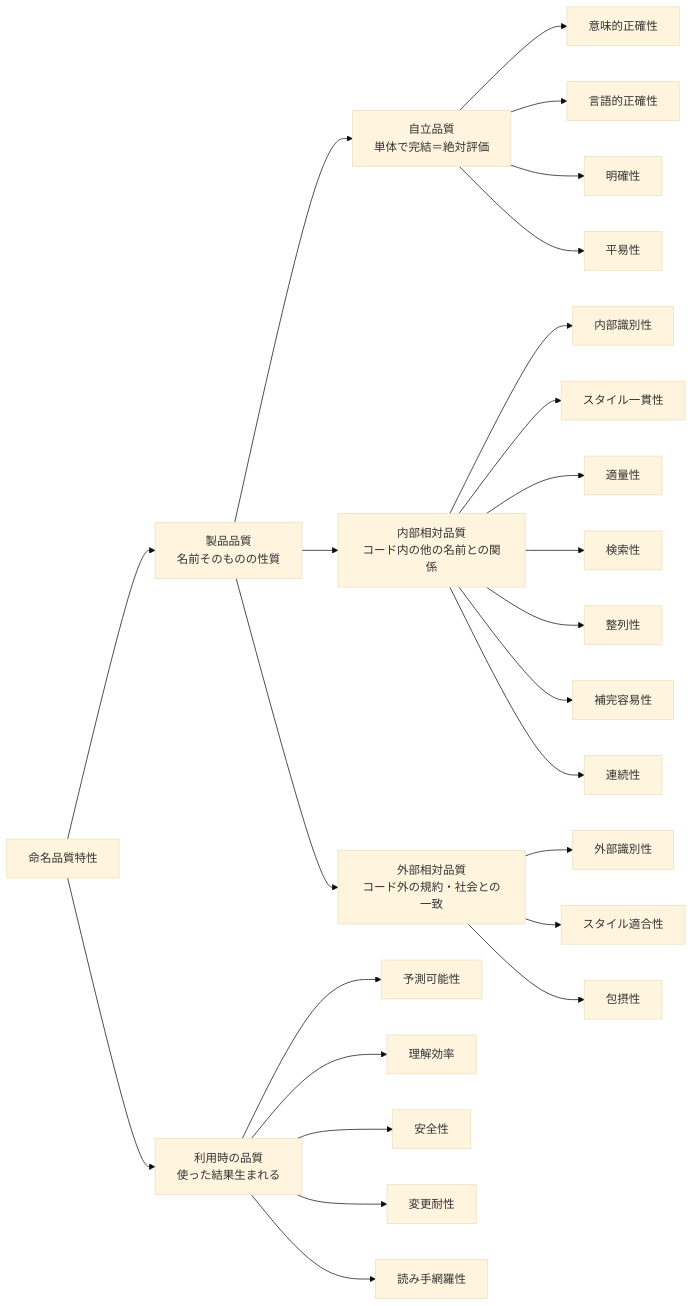
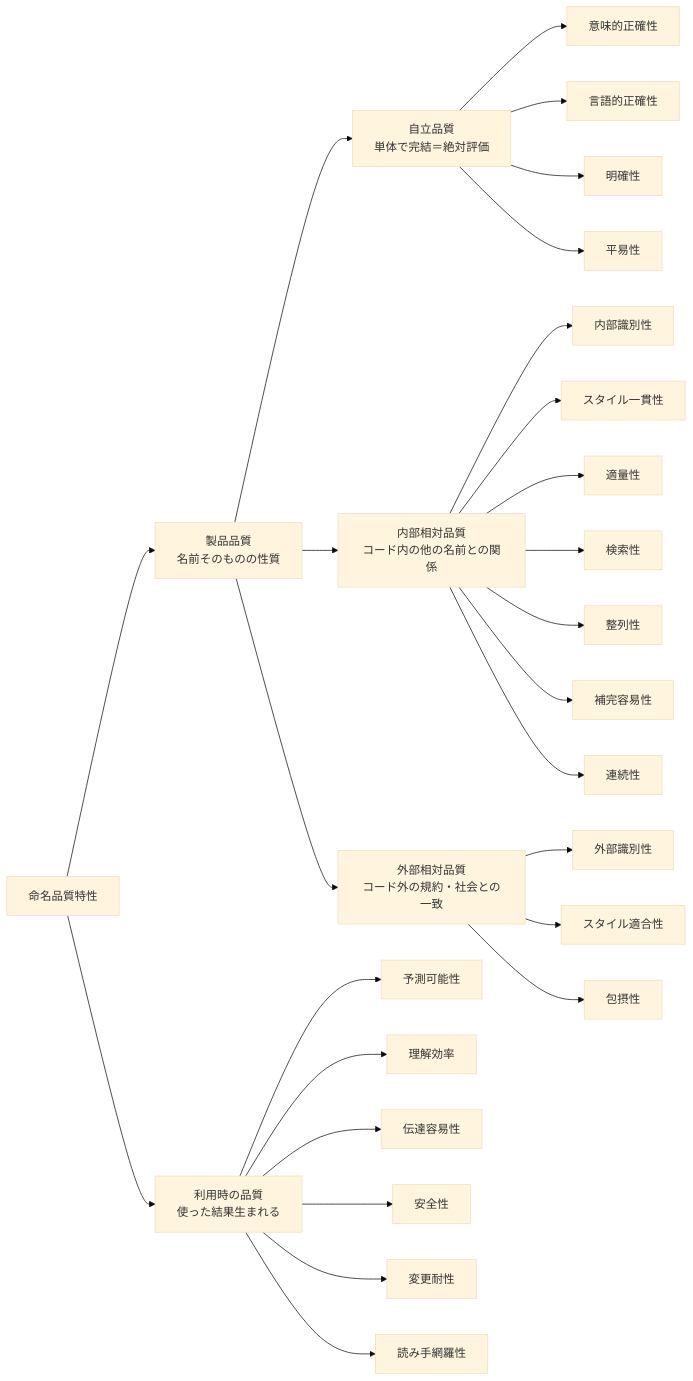
Before and after one commit to kagankan/zenn-articles: the diagram in articles/naming-quality-characteristics.md, drawn with Mermaid (base theme). The commit also changed other lines of this file and 2 other files, not shown here.

````diff
--- a/articles/naming-quality-characteristics.md
+++ b/articles/naming-quality-characteristics.md
@@ -15,34 +15,35 @@
 ```mermaid
 graph LR
   R[命名品質特性]
 
   R --> P[製品品質<br/>名前そのものの性質]
   R --> U[利用時の品質<br/>使った結果生まれる]
 
   P --> A[自立品質<br/>単体で完結＝絶対評価]
   P --> I[内部相対品質<br/>コード内の他の名前との関係]
   P --> E[外部相対品質<br/>コード外の規約・社会との一致]
 
   A --> A1[意味的正確性]
   A --> A2[言語的正確性]
   A --> A3[明確性]
   A --> A4[平易性]
 
   I --> I1[内部識別性]
   I --> I7[スタイル一貫性]
   I --> I2[適量性]
   I --> I3[検索性]
   I --> I4[整列性]
   I --> I5[補完容易性]
   I --> I6[連続性]
 
   E --> E1[外部識別性]
   E --> E2[スタイル適合性]
   E --> E3[包摂性]
 
   U --> U1[予測可能性]
   U --> U2[理解効率]
+  U --> U6[伝達容易性]
   U --> U3[安全性]
   U --> U4[変更耐性]
   U --> U5[読み手網羅性]
 ```
````
